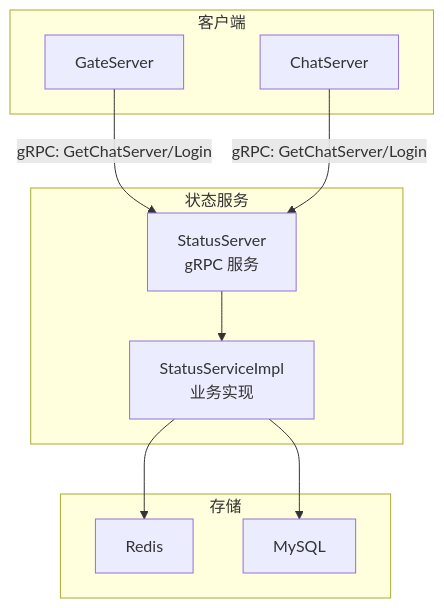
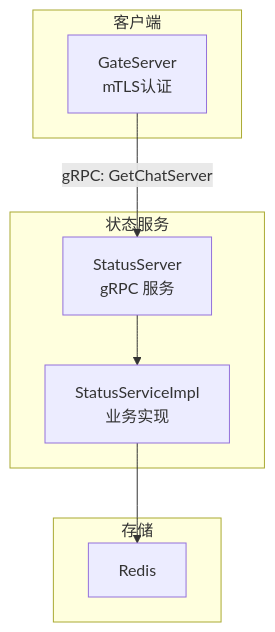
The first of 4 diagrams in .qoder/repowiki/zh/content/网络通信/gRPC微服务接口/StatusService状态服务接口.md (echo9923/mychatter), drawn with Mermaid before and after one commit. The commit also changed other lines of this file and 107 other files, not shown here.

````diff
--- a/.qoder/repowiki/zh/content/网络通信/gRPC微服务接口/StatusService状态服务接口.md
+++ b/.qoder/repowiki/zh/content/网络通信/gRPC微服务接口/StatusService状态服务接口.md
@@ -48,20 +51,16 @@
 ```mermaid
 graph TB
 subgraph "客户端"
-Gate["GateServer"]
-Chat["ChatServer"]
+Gate["GateServer<br/>mTLS认证"]
 end
 subgraph "状态服务"
 StatusSrv["StatusServer<br/>gRPC 服务"]
 Impl["StatusServiceImpl<br/>业务实现"]
 end
 subgraph "存储"
 Redis["Redis"]
-MySQL["MySQL"]
 end
-Gate --> |gRPC: GetChatServer/Login| StatusSrv
-Chat --> |gRPC: GetChatServer/Login| StatusSrv
+Gate --> |gRPC: GetChatServer| StatusSrv
 StatusSrv --> Impl
 Impl --> Redis
-Impl --> MySQL
 ```
````
